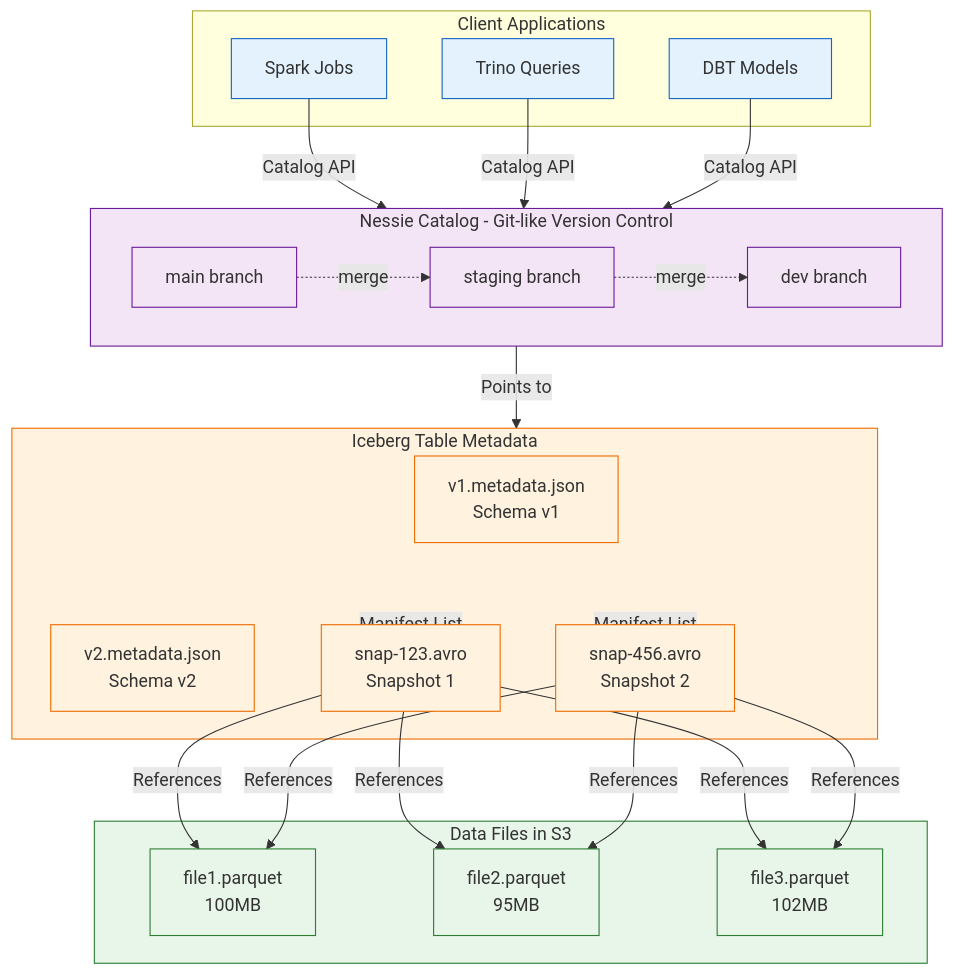
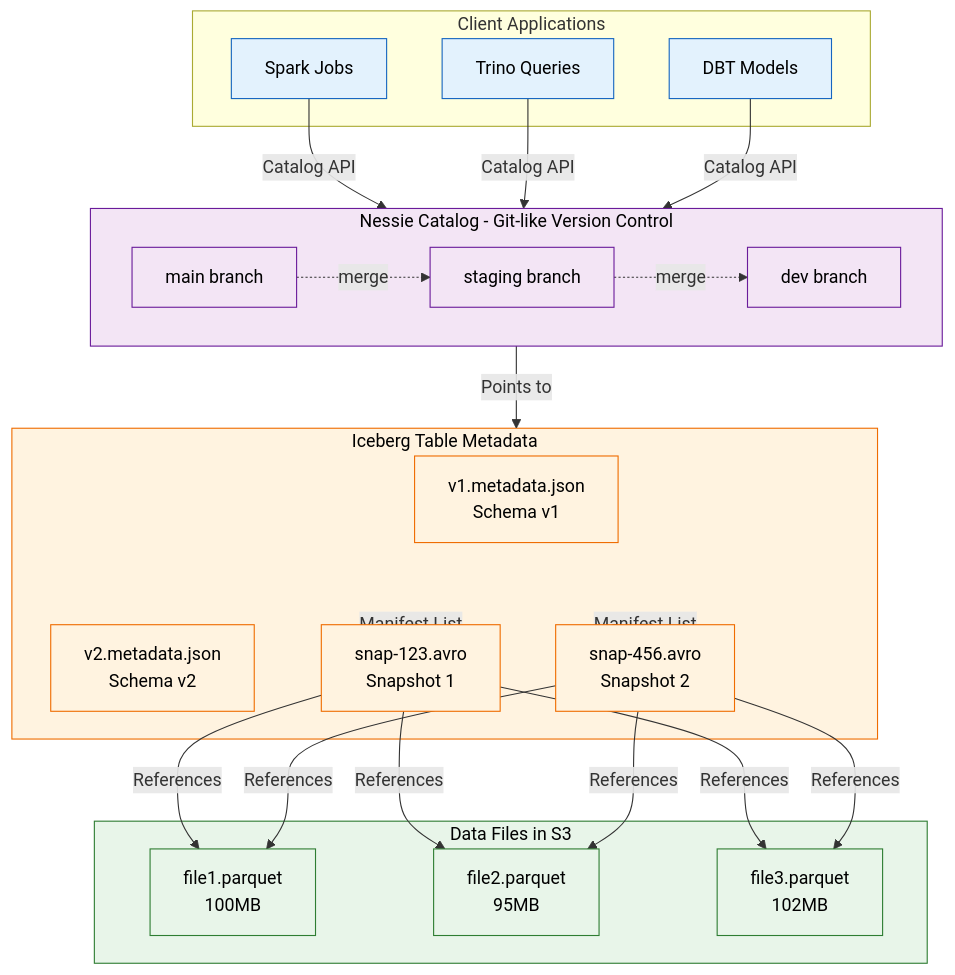
The tenth of 19 diagrams in docs/COMPLETE_ARCHITECTURE.md (snowcell-cloud/asgard), drawn with Mermaid before and after one commit. The commit also changed other lines of this file, not shown here.

Commit message:
fix: Update mermaid class definitions for consistent color styling in COMPLETE_ARCHITECTURE.md

````diff
--- a/docs/COMPLETE_ARCHITECTURE.md
+++ b/docs/COMPLETE_ARCHITECTURE.md
@@ -793,46 +793,46 @@
 ```mermaid
 flowchart TB
     subgraph Clients["Client Applications"]
         Spark[Spark Jobs]
         Trino[Trino Queries]
         DBT[DBT Models]
     end
 
     subgraph Nessie["Nessie Catalog - Git-like Version Control"]
         direction LR
         Main[main branch]
         Dev[dev branch]
         Staging[staging branch]
 
         Main -.merge.-> Staging
         Staging -.merge.-> Dev
     end
 
     subgraph Metadata["Iceberg Table Metadata"]
         Meta1[v1.metadata.json\nSchema v1]
         Meta2[v2.metadata.json\nSchema v2]
         Snap1[snap-123.avro\nSnapshot 1]
         Snap2[snap-456.avro\nSnapshot 2]
     end
 
     subgraph Data["Data Files in S3"]
         File1[file1.parquet\n100MB]
         File2[file2.parquet\n95MB]
         File3[file3.parquet\n102MB]
     end
 
     Spark & Trino & DBT -->|Catalog API| Nessie
     Nessie -->|Points to| Metadata
     Metadata -->|Manifest List| Snap1 & Snap2
     Snap1 & Snap2 -->|References| File1 & File2 & File3
 
-    classDef clientStyle fill:#e3f2fd,stroke:#1565c0
-    classDef nessieStyle fill:#f3e5f5,stroke:#6a1b9a
-    classDef metaStyle fill:#fff3e0,stroke:#ef6c00
-    classDef dataStyle fill:#e8f5e9,stroke:#2e7d32
+    classDef clientStyle fill:#e3f2fd,stroke:#1565c0,color:#000
+    classDef nessieStyle fill:#f3e5f5,stroke:#6a1b9a,color:#000
+    classDef metaStyle fill:#fff3e0,stroke:#ef6c00,color:#000
+    classDef dataStyle fill:#e8f5e9,stroke:#2e7d32,color:#000
 
     class Spark,Trino,DBT clientStyle
     class Nessie,Main,Dev,Staging nessieStyle
     class Metadata,Meta1,Meta2,Snap1,Snap2 metaStyle
     class Data,File1,File2,File3 dataStyle
 ```
````
